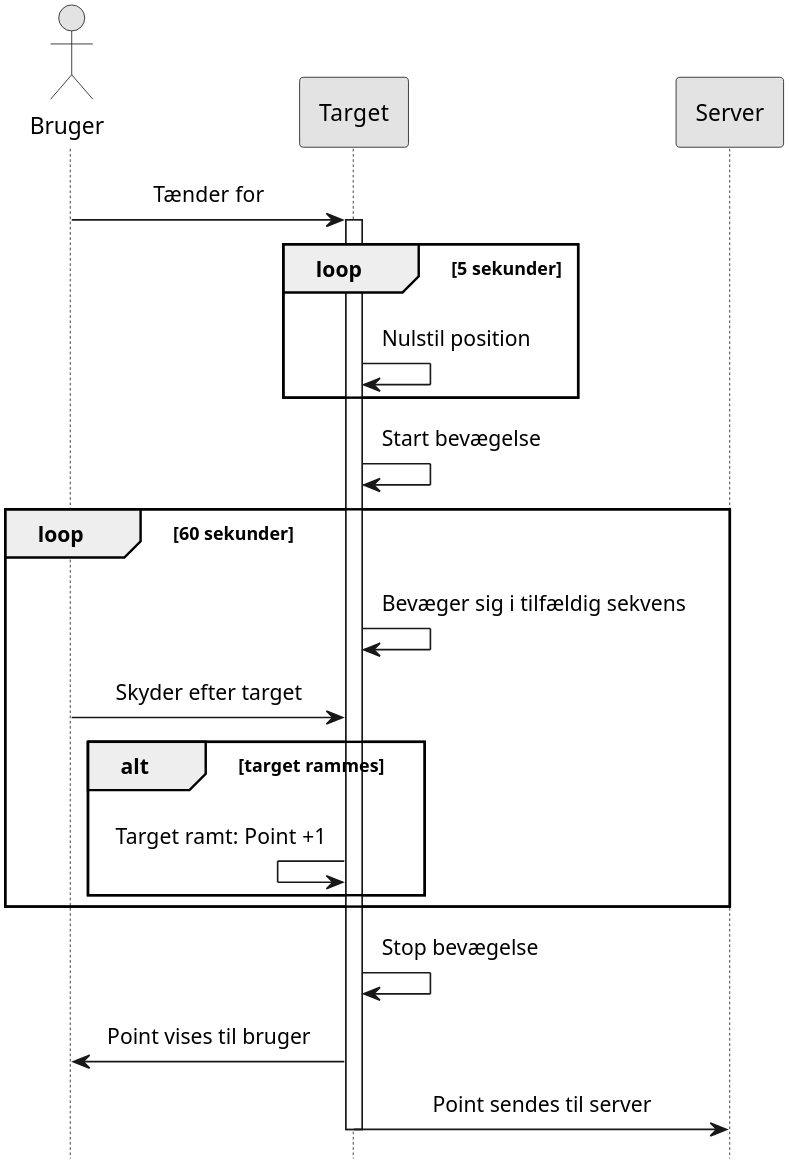
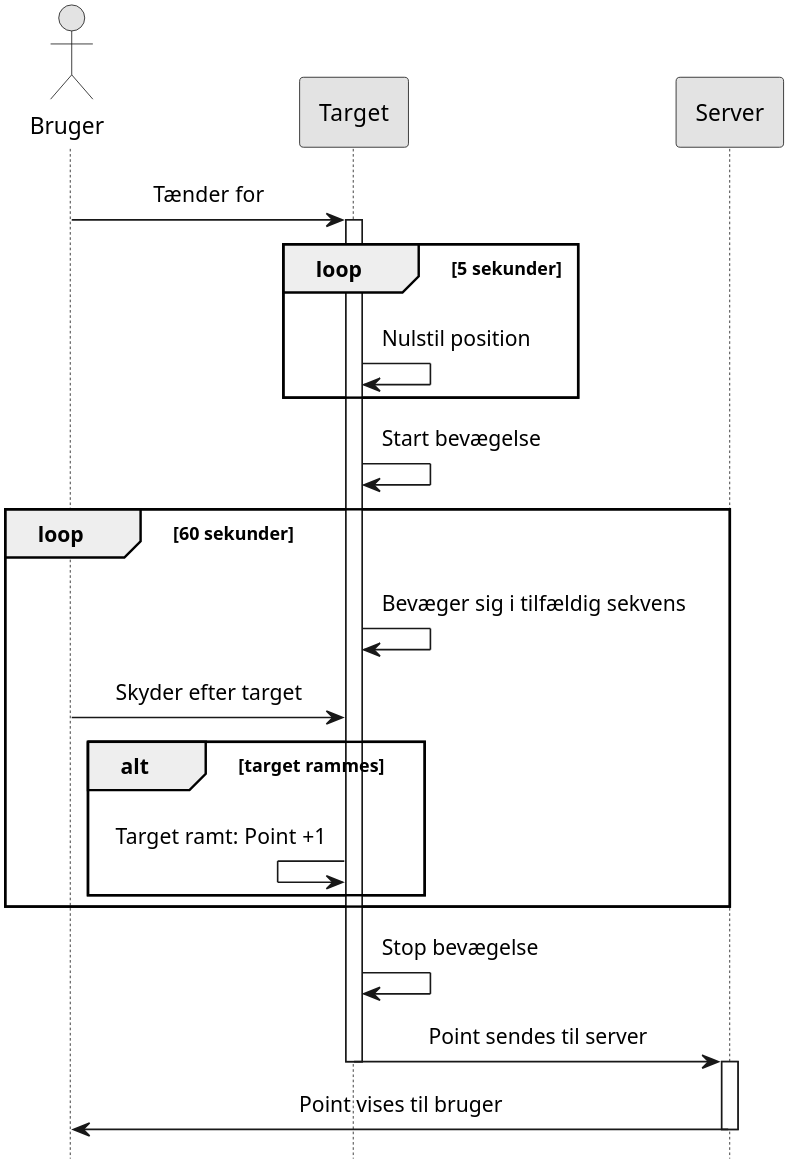
The diagram in PlantUML/ssd_uc1.plantuml (LasseKrarup/Laser-Tag-Project), drawn with PlantUML before and after one commit. The commit also changed 1 other file, not shown here.

```diff
--- a/PlantUML/ssd_uc1.plantuml
+++ b/PlantUML/ssd_uc1.plantuml
@@ -1,44 +1,45 @@
 @startuml ssd-uc1
 
 hide footbox
 
 skinparam {
     monochrome true
     dpi 300
     padding 5
     sequenceMessageAlign center
     packageStyle frame
     shadowing false
     'backgroundColor transparent
 }
 
 actor Bruger as user
 participant "Target" as tgt
 participant "Server" as svr
 
 '== Use case 1 ==
 
 user -> tgt: Tænder for
 activate tgt
 loop 5 sekunder
     tgt -> tgt: Nulstil position
 end
 tgt -> tgt: Start bevægelse
 
 loop 60 sekunder
     tgt -> tgt: Bevæger sig i tilfældig sekvens
     user -> tgt: Skyder efter target
 
     alt target rammes
         tgt <- tgt: Target ramt: Point +1
     end
 end
 
 tgt -> tgt: Stop bevægelse
 
-tgt -> user: Point vises til bruger
 tgt -> svr: Point sendes til server
-
 deactivate tgt
+activate svr
+svr -> user: Point vises til bruger
+deactivate svr
 
 @enduml
```
